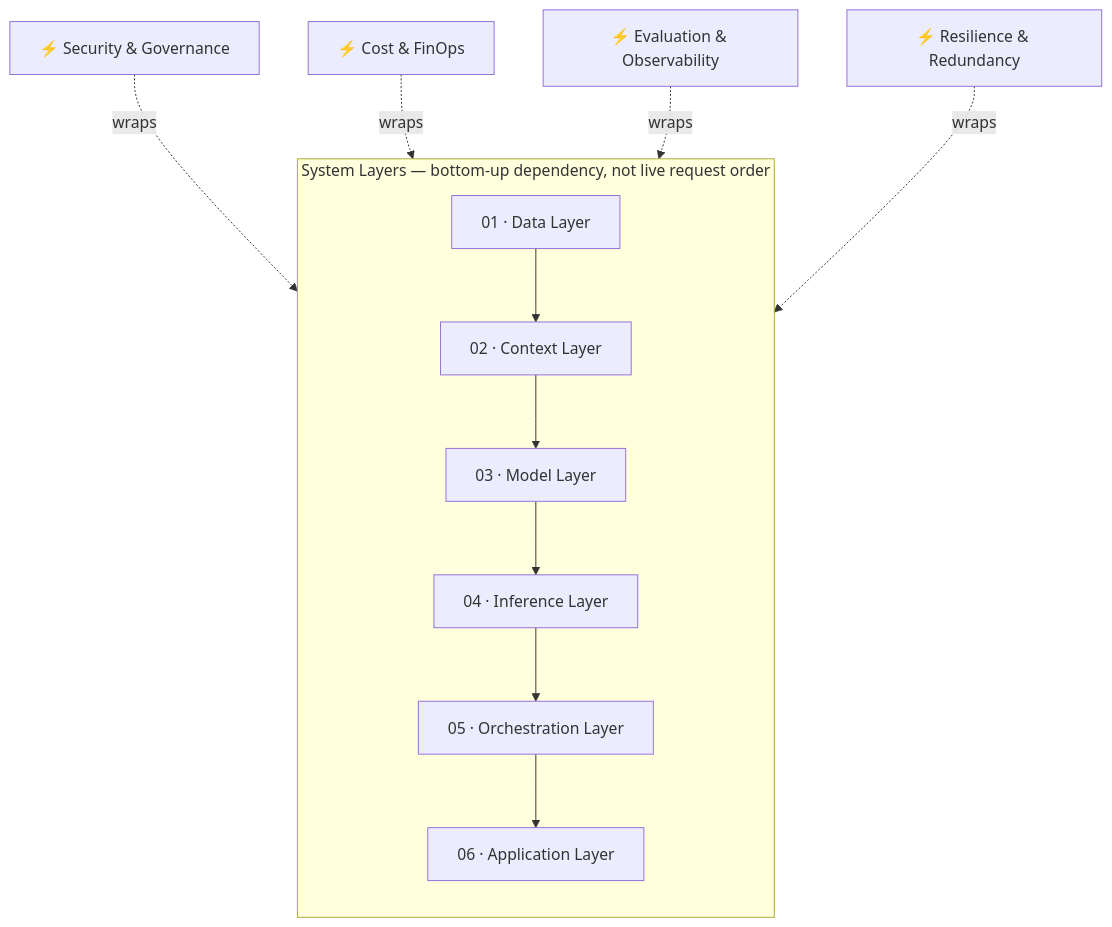
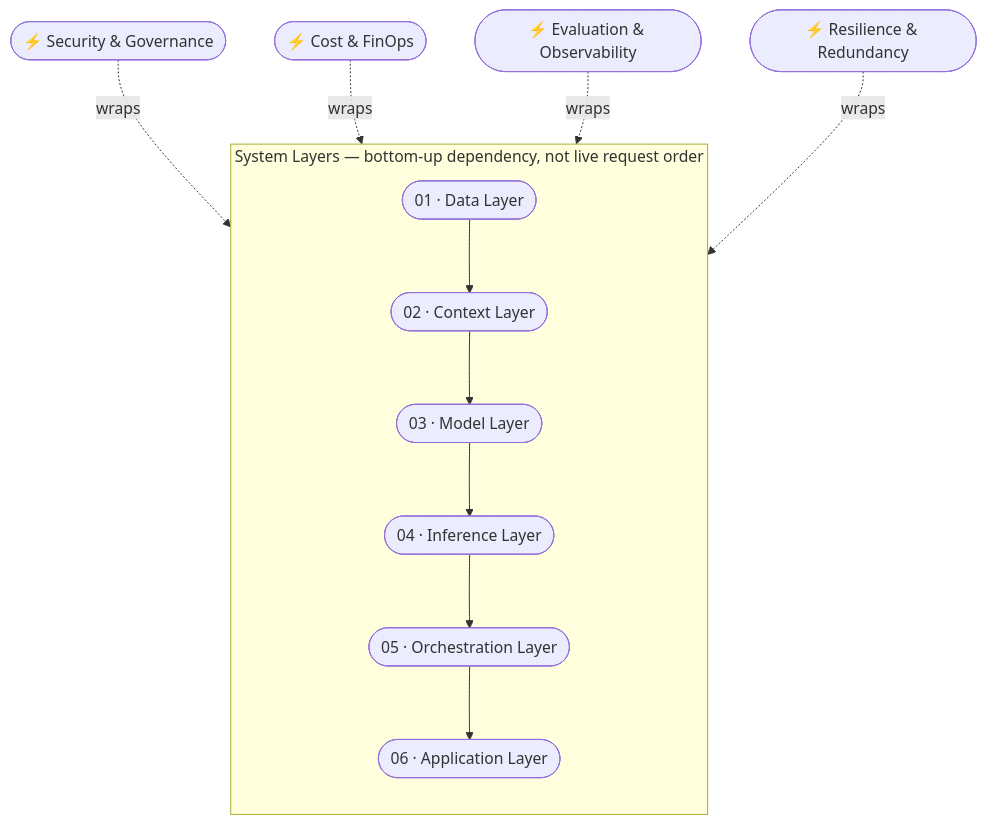
One commit to Sunparus/ai-native-product-ops changed the diagram in docs/domains/ai-ml-systems-engineering/index.md. Above: the diagram before and after it, drawn with Mermaid. The commit also changed 11 other files, not shown here.

````diff
--- a/docs/domains/ai-ml-systems-engineering/index.md
+++ b/docs/domains/ai-ml-systems-engineering/index.md
@@ -10,15 +10,15 @@
 ```mermaid
 flowchart TB
     subgraph Pipeline["System Layers — bottom-up dependency, not live request order"]
         direction TB
-        D[01 · Data Layer] --> C[02 · Context Layer]
-        C --> M[03 · Model Layer]
-        M --> I[04 · Inference Layer]
-        I --> O[05 · Orchestration Layer]
-        O --> A[06 · Application Layer]
+        D(["01 · Data Layer"]) --> C(["02 · Context Layer"])
+        C --> M(["03 · Model Layer"])
+        M --> I(["04 · Inference Layer"])
+        I --> O(["05 · Orchestration Layer"])
+        O --> A(["06 · Application Layer"])
     end
-    G["⚡ Security & Governance"] -.wraps.-> Pipeline
-    F["⚡ Cost & FinOps"] -.wraps.-> Pipeline
-    E["⚡ Evaluation & Observability"] -.wraps.-> Pipeline
-    R["⚡ Resilience & Redundancy"] -.wraps.-> Pipeline
+    G(["⚡ Security & Governance"]) -.wraps.-> Pipeline
+    F(["⚡ Cost & FinOps"]) -.wraps.-> Pipeline
+    E(["⚡ Evaluation & Observability"]) -.wraps.-> Pipeline
+    R(["⚡ Resilience & Redundancy"]) -.wraps.-> Pipeline
 ```
````
